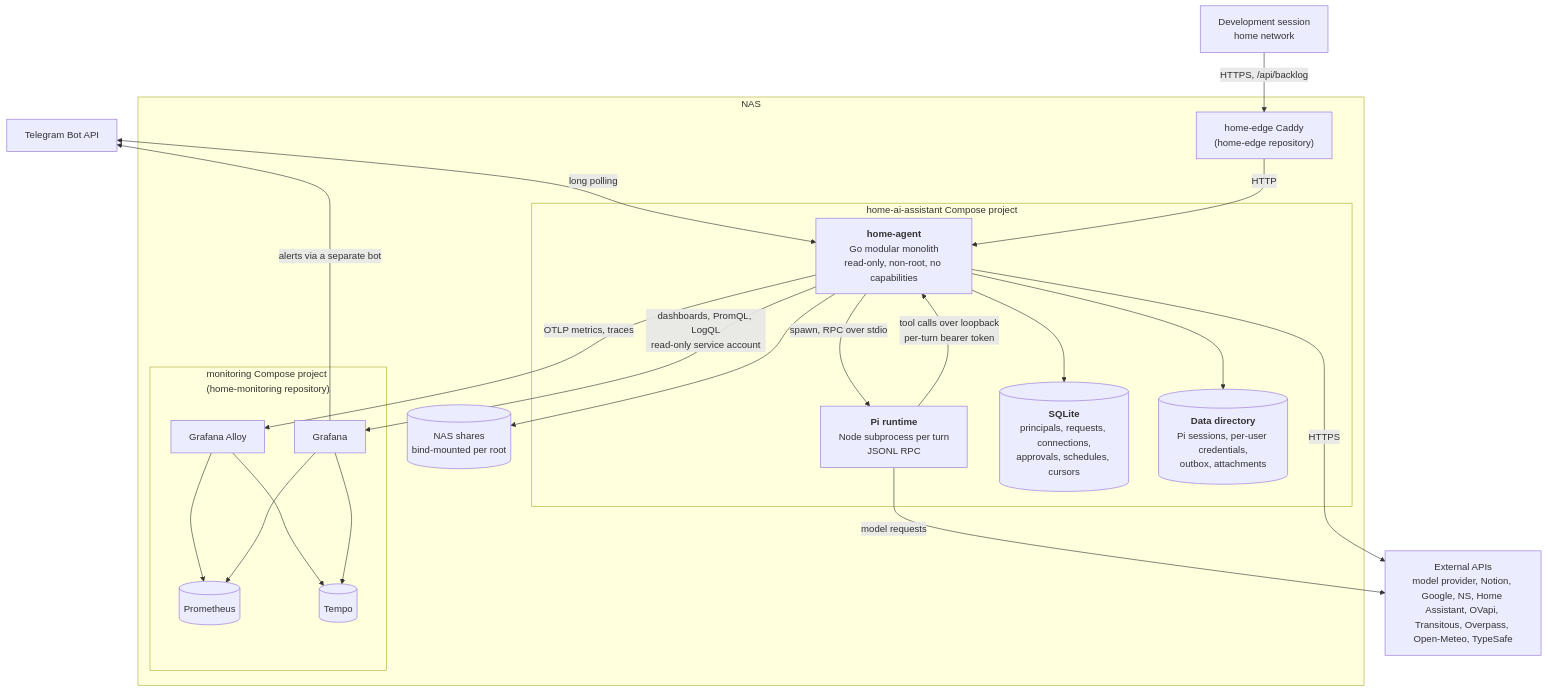
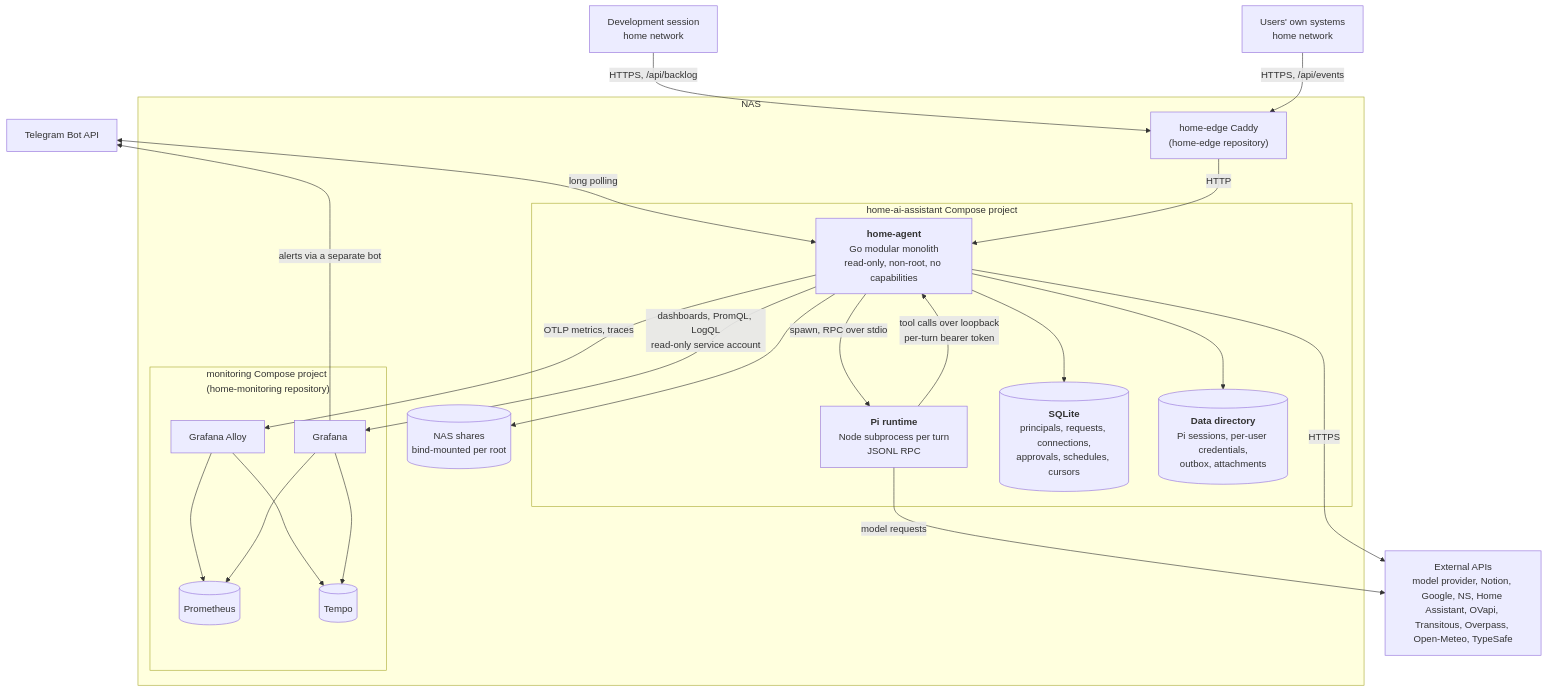
Before and after one commit to vladar107/home-ai-assistant: the second of 3 diagrams in docs/architecture.md, drawn with Mermaid. The commit also changed other lines of this file and 26 other files, not shown here.

First line of the commit message:
feat: let the user's own systems message them through event sources

````diff
--- a/docs/architecture.md
+++ b/docs/architecture.md
@@ -53,41 +57,43 @@
 ```mermaid
 flowchart TB
     telegram["Telegram Bot API"]
     ext["External APIs<br/>model provider, Notion, Google, NS, Home Assistant, OVapi, Transitous, Overpass, Open-Meteo, TypeSafe"]
 
     subgraph nas["NAS"]
         subgraph app["home-ai-assistant Compose project"]
             go["<b>home-agent</b><br/>Go modular monolith<br/>read-only, non-root, no capabilities"]
             pi["<b>Pi runtime</b><br/>Node subprocess per turn<br/>JSONL RPC"]
             db[("<b>SQLite</b><br/>principals, requests, connections,<br/>approvals, schedules, cursors")]
             files[("<b>Data directory</b><br/>Pi sessions, per-user credentials,<br/>outbox, attachments")]
         end
         subgraph mon["monitoring Compose project<br/>(home-monitoring repository)"]
             alloy["Grafana Alloy"]
             prom[("Prometheus")]
             tempo[("Tempo")]
             grafana["Grafana"]
         end
         caddy["home-edge Caddy<br/>(home-edge repository)"]
         shares[("NAS shares<br/>bind-mounted per root")]
     end
     dev["Development session<br/>home network"]
+    systems["Users' own systems<br/>home network"]
 
     telegram <-->|long polling| go
     go -->|spawn, RPC over stdio| pi
     pi -->|tool calls over loopback<br/>per-turn bearer token| go
     pi -->|model requests| ext
     go -->|HTTPS| ext
     go -->|dashboards, PromQL, LogQL<br/>read-only service account| grafana
     go --> db
     go --> files
     go --> shares
     go -->|OTLP metrics, traces| alloy
     dev -->|HTTPS, /api/backlog| caddy
+    systems -->|HTTPS, /api/events| caddy
     caddy -->|HTTP| go
     alloy --> prom
     alloy --> tempo
     grafana --> prom
     grafana --> tempo
     grafana -->|alerts via a separate bot| telegram
 ```
````
